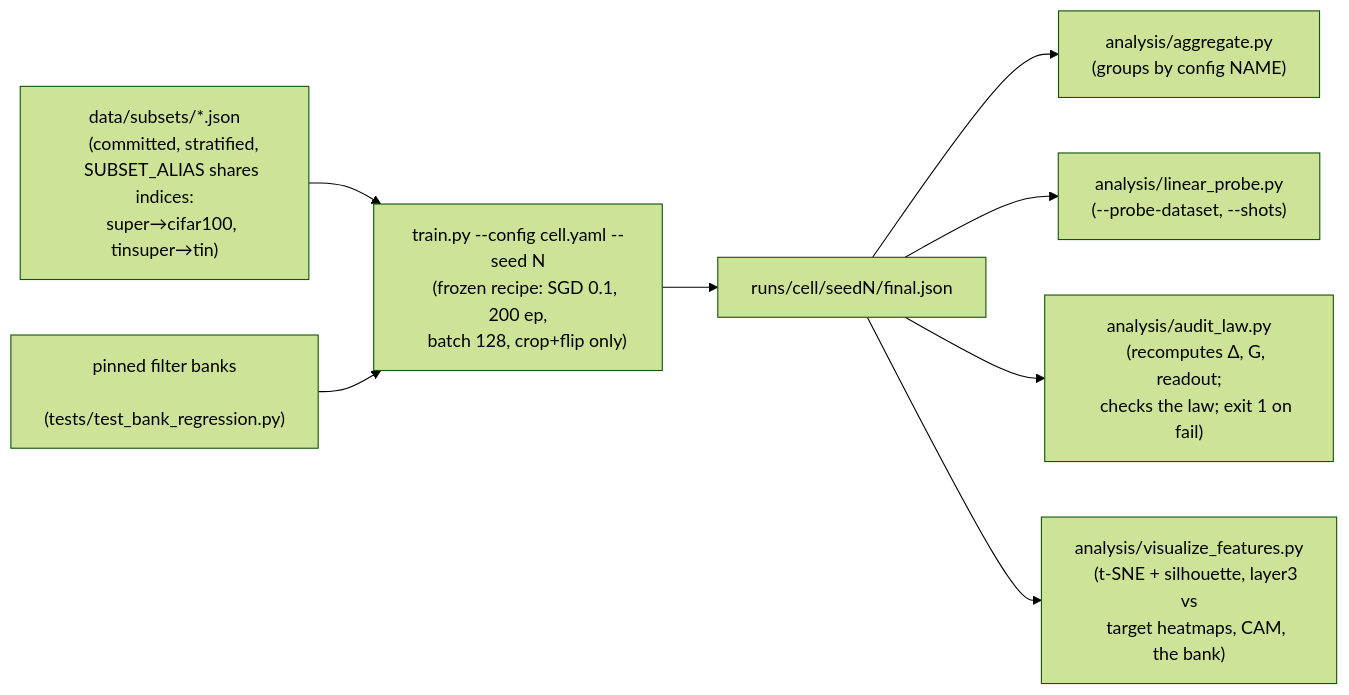
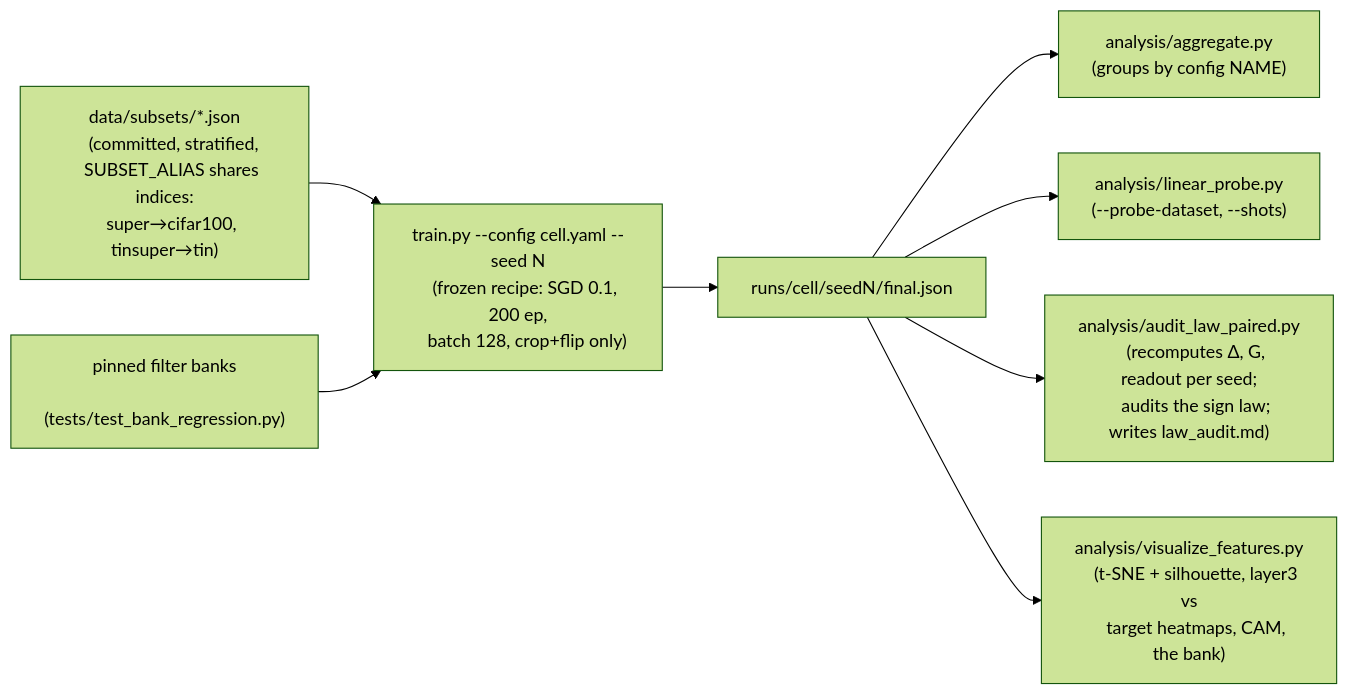
The fifth of 5 diagrams in docs/ARCHITECTURE.md (GCVCG/MomentAux), drawn with Mermaid (forest theme) before and after one commit. The commit also changed other lines of this file and 9 other files, not shown here.

Commit message:
Docs review: current claims and audit figures in README, GLOSSARY, ARCHITECTURE, VISUALS, ARTIFACTS and index; FINDINGS gains a post-July pointer section; legacy audit no longer writes over the canonical law_audit.md

````diff
--- a/docs/ARCHITECTURE.md
+++ b/docs/ARCHITECTURE.md
@@ -121,22 +125,22 @@
 ```mermaid
 flowchart LR
     SUB["data/subsets/*.json
     (committed, stratified,
     SUBSET_ALIAS shares indices:
     super→cifar100, tinsuper→tin)"] --> TRAIN["train.py --config cell.yaml --seed N
     (frozen recipe: SGD 0.1, 200 ep,
     batch 128, crop+flip only)"]
     BANKS["pinned filter banks
     (tests/test_bank_regression.py)"] --> TRAIN
     TRAIN --> RUNS["runs/cell/seedN/final.json"]
     RUNS --> AGG["analysis/aggregate.py
     (groups by config NAME)"]
     RUNS --> PROBES["analysis/linear_probe.py
     (--probe-dataset, --shots)"]
-    RUNS --> AUDIT["analysis/audit_law.py
-    (recomputes Δ, G, readout;
-    checks the law; exit 1 on fail)"]
+    RUNS --> AUDIT["analysis/audit_law_paired.py
+    (recomputes Δ, G, readout per seed;
+    audits the sign law; writes law_audit.md)"]
     RUNS --> VIZ["analysis/visualize_features.py
     (t-SNE + silhouette, layer3 vs
     target heatmaps, CAM, the bank)"]
 ```
````
